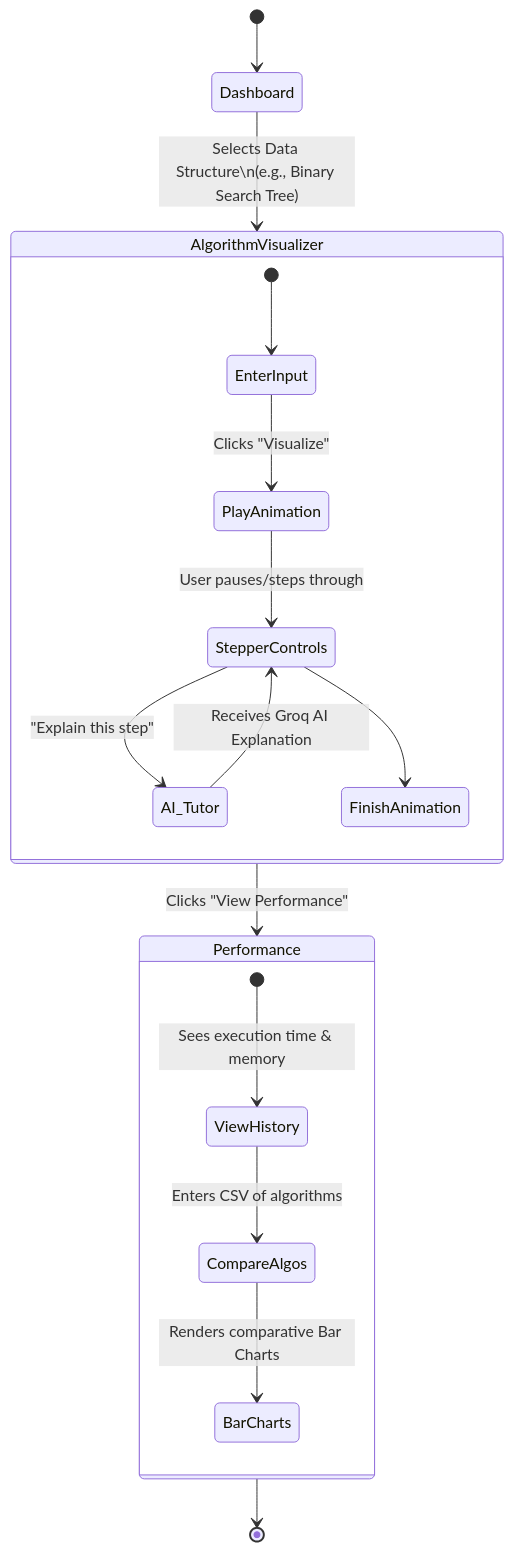
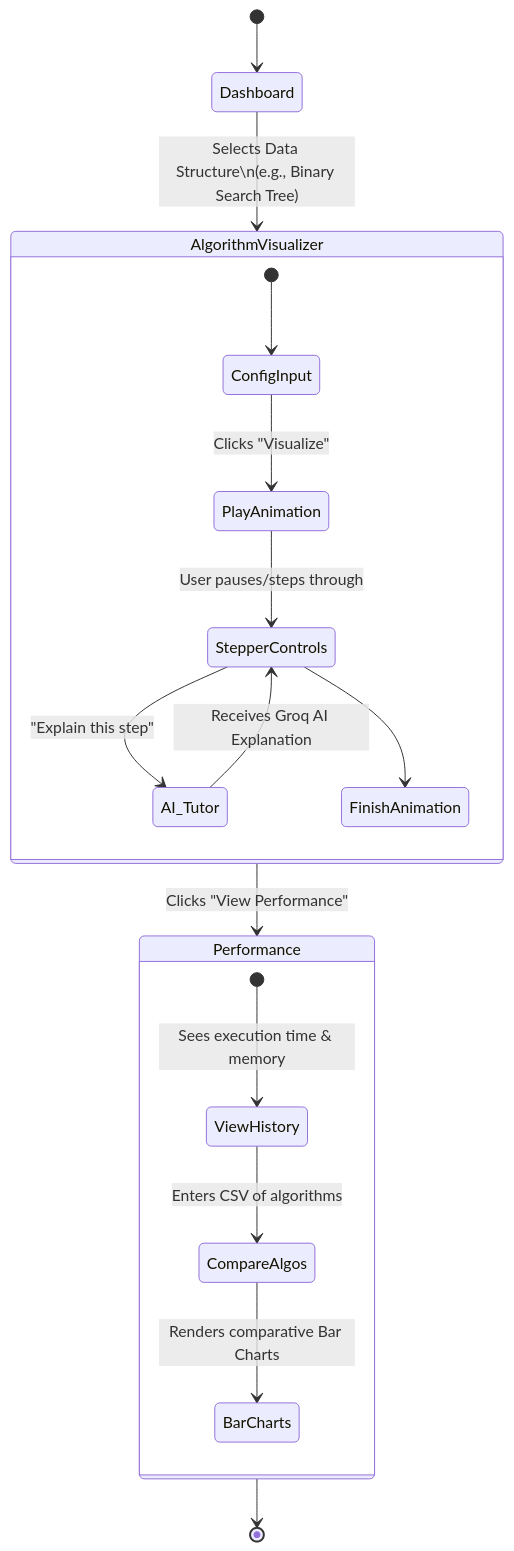
The second of 4 diagrams in docs/diagrams/userflows.md (AkifNaveed12/AlgoVision--AI-Powered-Data-Structures-Learning-and-Analysis-System), drawn with Mermaid before and after one commit. The commit also changed other lines of this file and 7 other files, not shown here.

Commit message:
fix(docs): correct mermaid syntax, expand system diagrams, and replace Judge0 with local subprocess executor per Roman's v2 pipeline

````diff
--- a/docs/diagrams/userflows.md
+++ b/docs/diagrams/userflows.md
@@ -7,24 +34,24 @@
 ```mermaid
 stateDiagram-v2
     [*] --> Dashboard
     Dashboard --> AlgorithmVisualizer : Selects Data Structure\n(e.g., Binary Search Tree)
     
     state AlgorithmVisualizer {
-        [*] --> EnterInput
-        EnterInput --> PlayAnimation : Clicks "Visualize"
+        [*] --> ConfigInput
+        ConfigInput --> PlayAnimation : Clicks "Visualize"
         PlayAnimation --> StepperControls : User pauses/steps through
         StepperControls --> AI_Tutor : "Explain this step"
         AI_Tutor --> StepperControls : Receives Groq AI Explanation
         StepperControls --> FinishAnimation
     }
     
     AlgorithmVisualizer --> Performance : Clicks "View Performance"
     
     state Performance {
         [*] --> ViewHistory : Sees execution time & memory
         ViewHistory --> CompareAlgos : Enters CSV of algorithms
         CompareAlgos --> BarCharts : Renders comparative Bar Charts
     }
     
     Performance --> [*]
 ```
````
